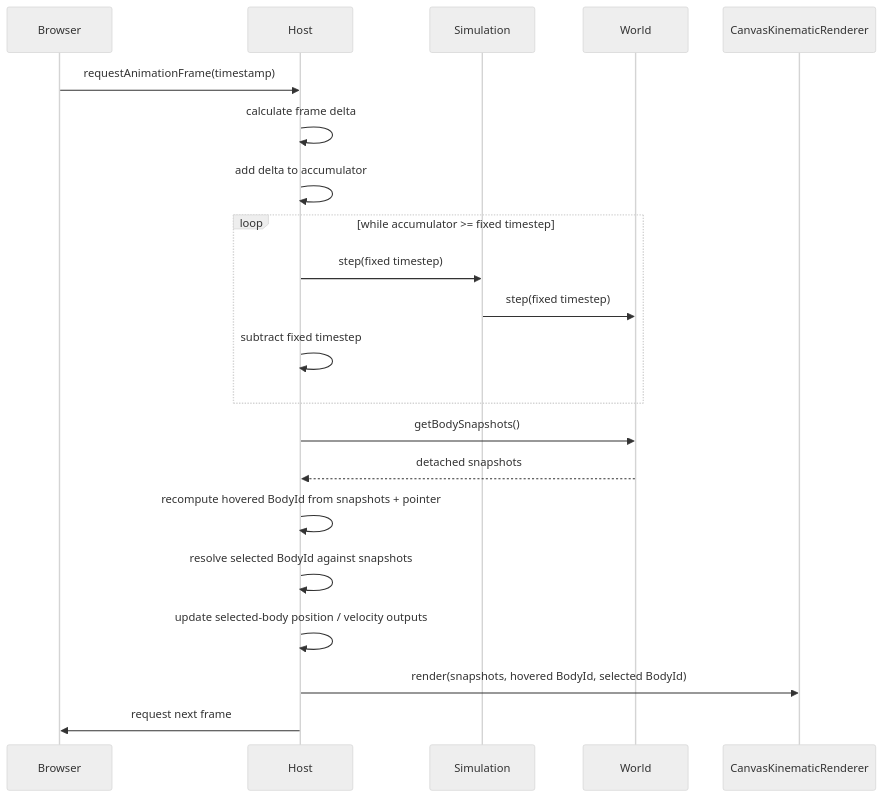
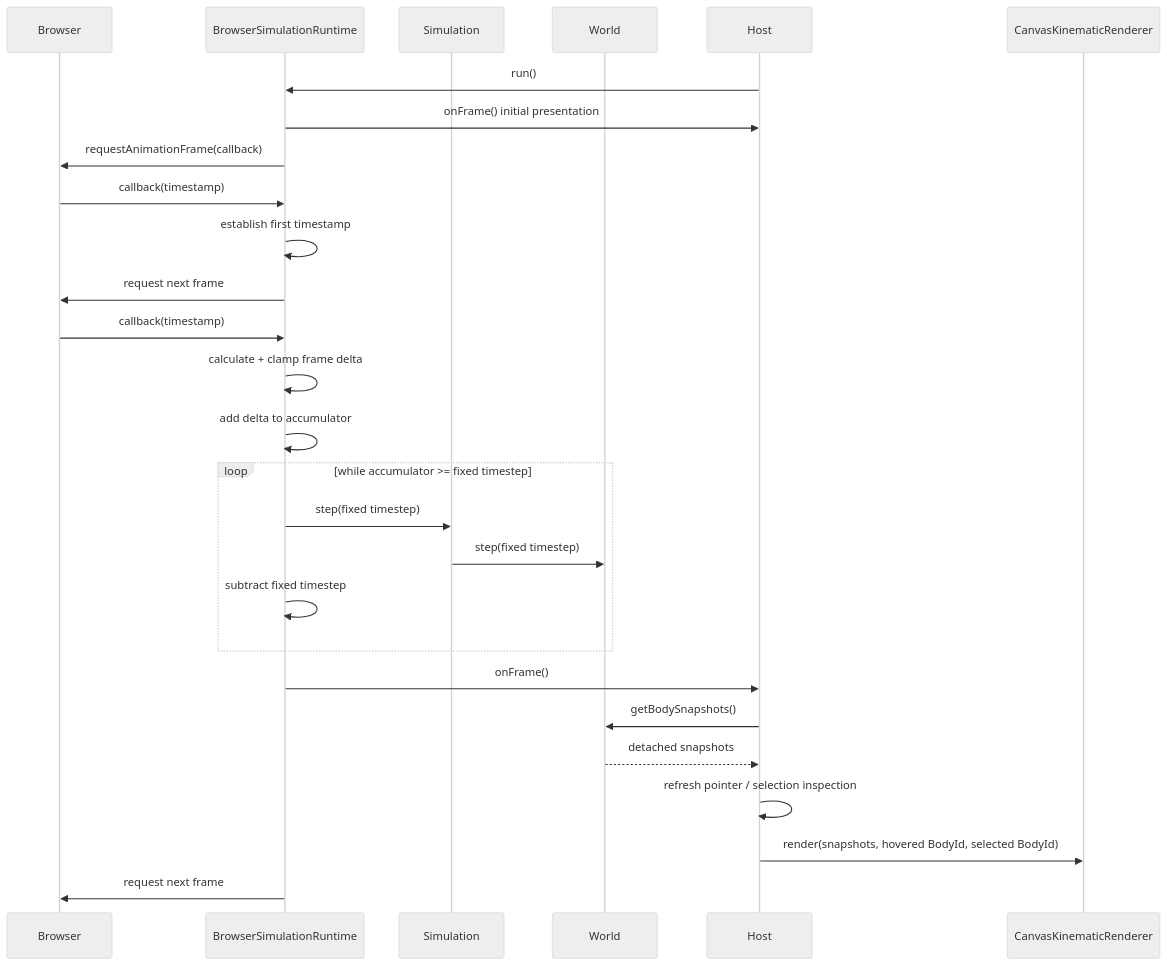
Before and after one commit to fa-ribeiro/vLab2D: diagram 12 of 22 in docs/architecture/README.md, drawn with Mermaid (neutral theme). The commit also changed other lines of this file and 10 other files, not shown here.

Commit message:
refactor(runtime): extract browser simulation loop

````diff
--- a/docs/architecture/README.md
+++ b/docs/architecture/README.md
@@ -644,26 +654,34 @@
 ```mermaid
 sequenceDiagram
     participant Browser
-    participant Host
+    participant Runtime as BrowserSimulationRuntime
     participant Simulation
     participant World
+    participant Host
     participant Renderer as CanvasKinematicRenderer
 
-    Browser->>Host: requestAnimationFrame(timestamp)
-    Host->>Host: calculate frame delta
-    Host->>Host: add delta to accumulator
+    Host->>Runtime: run()
+    Runtime->>Host: onFrame() initial presentation
+    Runtime->>Browser: requestAnimationFrame(callback)
+
+    Browser->>Runtime: callback(timestamp)
+    Runtime->>Runtime: establish first timestamp
+    Runtime->>Browser: request next frame
+
+    Browser->>Runtime: callback(timestamp)
+    Runtime->>Runtime: calculate + clamp frame delta
+    Runtime->>Runtime: add delta to accumulator
 
     loop while accumulator >= fixed timestep
-        Host->>Simulation: step(fixed timestep)
+        Runtime->>Simulation: step(fixed timestep)
         Simulation->>World: step(fixed timestep)
-        Host->>Host: subtract fixed timestep
+        Runtime->>Runtime: subtract fixed timestep
     end
 
+    Runtime->>Host: onFrame()
     Host->>World: getBodySnapshots()
     World-->>Host: detached snapshots
-    Host->>Host: recompute hovered BodyId from snapshots + pointer
-    Host->>Host: resolve selected BodyId against snapshots
-    Host->>Host: update selected-body position / velocity outputs
+    Host->>Host: refresh pointer / selection inspection
     Host->>Renderer: render(snapshots, hovered BodyId, selected BodyId)
-    Host->>Browser: request next frame
+    Runtime->>Browser: request next frame
 ```
````
